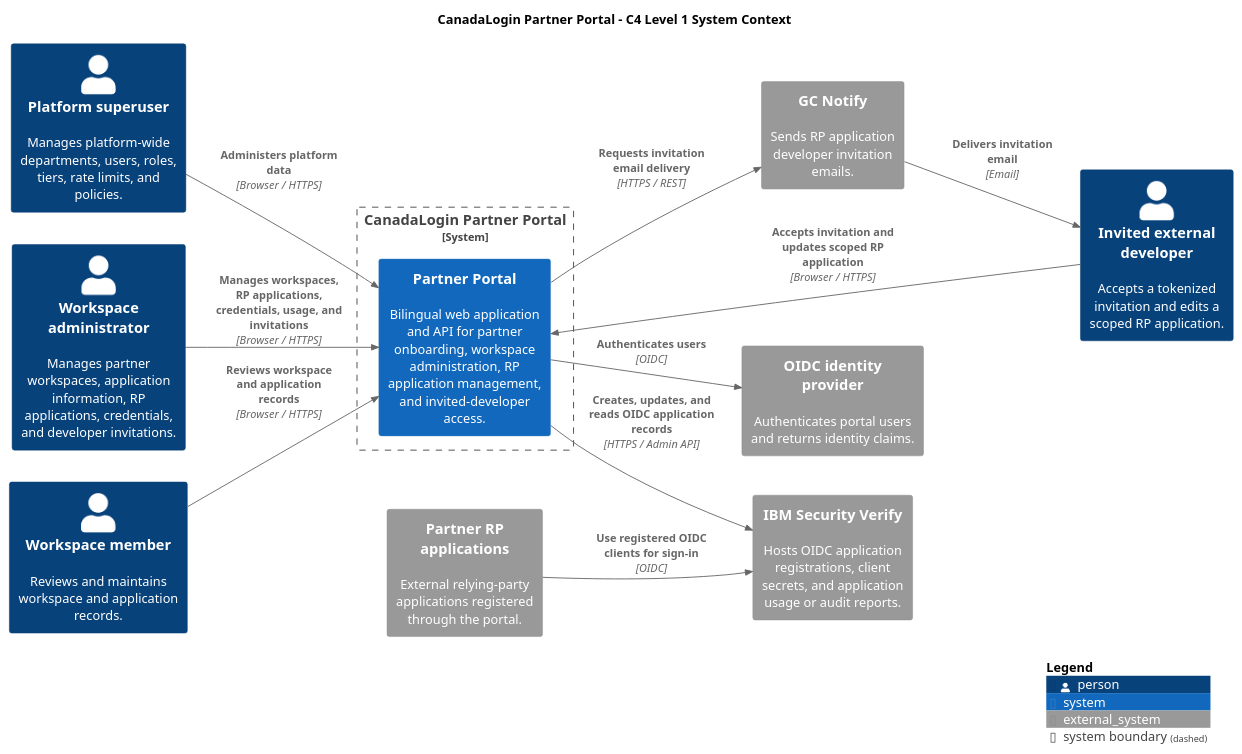
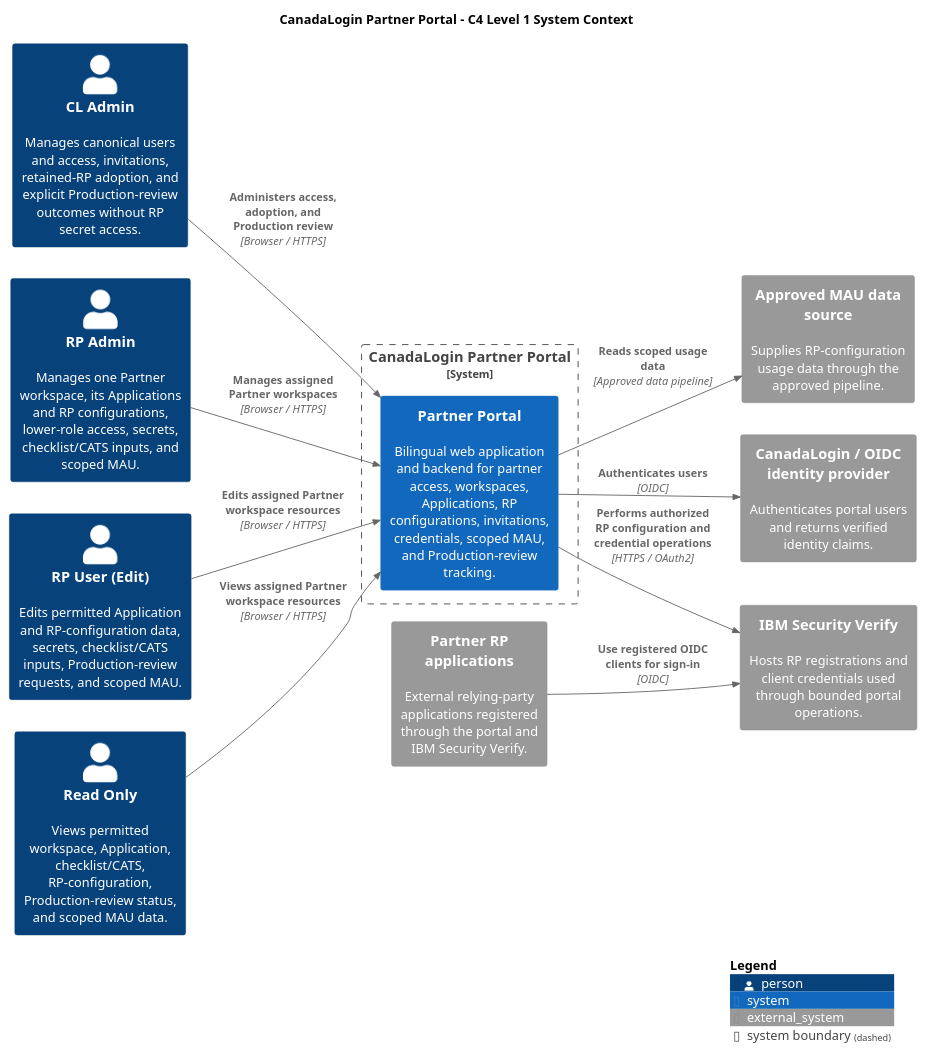
Before and after one commit to cds-snc/canadalogin-partner-portal: the diagram in docs/reference/architecture-diagram-samples/plantuml/01-partner-portal-system-context.c4.puml, drawn with PlantUML. The commit also changed 369 other files, not shown here.

```diff
--- a/docs/reference/architecture-diagram-samples/plantuml/01-partner-portal-system-context.c4.puml
+++ b/docs/reference/architecture-diagram-samples/plantuml/01-partner-portal-system-context.c4.puml
@@ -1,45 +1,44 @@
 @startuml
 ' CanadaLogin Partner Portal - C4 level 1 system context.
 '
 ' Work context: local illustrative sample only.
-' Source codebase: ../gc-signin-partner-portal, read as source material only.
-' View question: who uses the partner portal, and which external systems does it
-' depend on?
-' Excluded: AWS topology, database tables, route-by-route behavior, OAuth
-' callback details, and production identifiers.
+' Source codebase: gc-signin-partner-portal, read as source material only.
+' View question: who uses the approved Partner Portal, and which external
+' systems does the portal depend on?
+' Excluded: AWS topology, containers, database records, route details,
+' invitation communication channels, and production identifiers.
 
 !include <C4/C4_Context>
 
 LAYOUT_LEFT_RIGHT()
 skinparam wrapWidth 180
 skinparam maxMessageSize 140
 
 title CanadaLogin Partner Portal - C4 Level 1 System Context
 
-Person(platformSuperuser, "Platform superuser", "Manages platform-wide departments, users, roles, tiers, rate limits, and policies.")
-Person(workspaceAdmin, "Workspace administrator", "Manages partner workspaces, application information, RP applications, credentials, and developer invitations.")
-Person(workspaceMember, "Workspace member", "Reviews and maintains workspace and application records.")
-Person(invitedDeveloper, "Invited external developer", "Accepts a tokenized invitation and edits a scoped RP application.")
+Person(clAdmin, "CL Admin", "Manages canonical users and access, invitations, retained-RP adoption, and explicit Production-review outcomes without RP secret access.")
+Person(rpAdmin, "RP Admin", "Manages one Partner workspace, its Applications and RP configurations, lower-role access, secrets, checklist/CATS inputs, and scoped MAU.")
+Person(rpUserEdit, "RP User (Edit)", "Edits permitted Application and RP-configuration data, secrets, checklist/CATS inputs, Production-review requests, and scoped MAU.")
+Person(readOnly, "Read Only", "Views permitted workspace, Application, checklist/CATS, RP-configuration, Production-review status, and scoped MAU data.")
 
 System_Boundary(portalBoundary, "CanadaLogin Partner Portal") {
-  System(portal, "Partner Portal", "Bilingual web application and API for partner onboarding, workspace administration, RP application management, and invited-developer access.")
+  System(portal, "Partner Portal", "Bilingual web application and backend for partner access, workspaces, Applications, RP configurations, invitations, credentials, scoped MAU, and Production-review tracking.")
 }
 
-System_Ext(oidcProvider, "OIDC identity provider", "Authenticates portal users and returns identity claims.")
-System_Ext(ibmVerify, "IBM Security Verify", "Hosts OIDC application registrations, client secrets, and application usage or audit reports.")
-System_Ext(gcNotify, "GC Notify", "Sends RP application developer invitation emails.")
-System_Ext(partnerApplications, "Partner RP applications", "External relying-party applications registered through the portal.")
+System_Ext(oidcProvider, "CanadaLogin / OIDC identity provider", "Authenticates portal users and returns verified identity claims.")
+System_Ext(ibmVerify, "IBM Security Verify", "Hosts RP registrations and client credentials used through bounded portal operations.")
+System_Ext(mauSource, "Approved MAU data source", "Supplies RP-configuration usage data through the approved pipeline.")
+System_Ext(partnerApplications, "Partner RP applications", "External relying-party applications registered through the portal and IBM Security Verify.")
 
-Rel(platformSuperuser, portal, "Administers platform data", "Browser / HTTPS")
-Rel(workspaceAdmin, portal, "Manages workspaces, RP applications, credentials, usage, and invitations", "Browser / HTTPS")
-Rel(workspaceMember, portal, "Reviews workspace and application records", "Browser / HTTPS")
-Rel(invitedDeveloper, portal, "Accepts invitation and updates scoped RP application", "Browser / HTTPS")
+Rel(clAdmin, portal, "Administers access, adoption, and Production review", "Browser / HTTPS")
+Rel(rpAdmin, portal, "Manages assigned Partner workspaces", "Browser / HTTPS")
+Rel(rpUserEdit, portal, "Edits assigned Partner workspace resources", "Browser / HTTPS")
+Rel(readOnly, portal, "Views assigned Partner workspace resources", "Browser / HTTPS")
 
 Rel(portal, oidcProvider, "Authenticates users", "OIDC")
-Rel(portal, ibmVerify, "Creates, updates, and reads OIDC application records", "HTTPS / Admin API")
-Rel(portal, gcNotify, "Requests invitation email delivery", "HTTPS / REST")
-Rel(gcNotify, invitedDeveloper, "Delivers invitation email", "Email")
+Rel(portal, ibmVerify, "Performs authorized RP configuration and credential operations", "HTTPS / OAuth2")
+Rel(portal, mauSource, "Reads scoped usage data", "Approved data pipeline")
 Rel(partnerApplications, ibmVerify, "Use registered OIDC clients for sign-in", "OIDC")
 
 SHOW_LEGEND()
 @enduml
```
